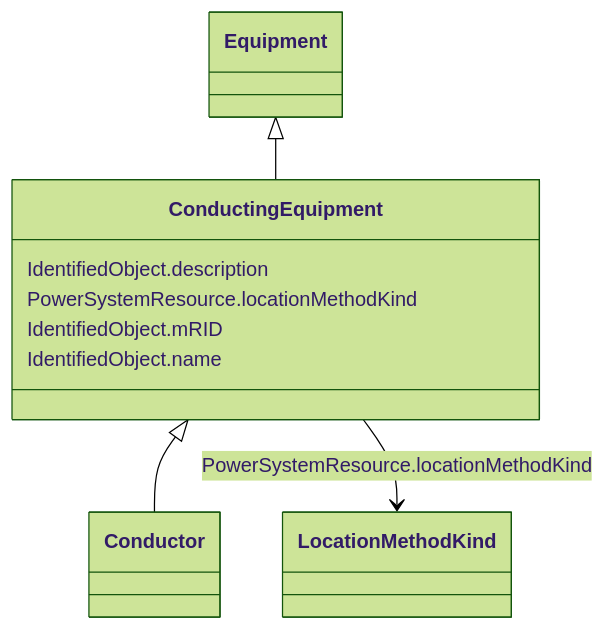
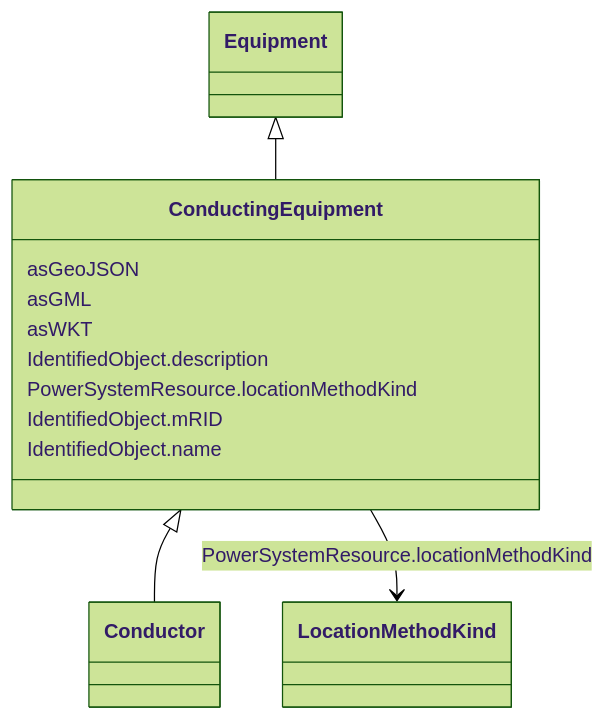
Before and after one commit to 3lbits/NoCIMExtensions: the diagram in docs/AviationObstacle/ConductingEquipment.md, drawn with Mermaid (forest theme). The commit also changed other lines of this file and 34 other files, not shown here.

````diff
--- a/docs/AviationObstacle/ConductingEquipment.md
+++ b/docs/AviationObstacle/ConductingEquipment.md
@@ -18,25 +18,31 @@
 ```mermaid
  classDiagram
     class ConductingEquipment
     click ConductingEquipment href "../ConductingEquipment"
       Equipment <|-- ConductingEquipment
         click Equipment href "../Equipment"
       
 
       ConductingEquipment <|-- Conductor
         click Conductor href "../Conductor"
       
       
+      ConductingEquipment : asGeoJSON
+        
+      ConductingEquipment : asGML
+        
+      ConductingEquipment : asWKT
+        
       ConductingEquipment : IdentifiedObject.description
         
       ConductingEquipment : PowerSystemResource.locationMethodKind
         
           ConductingEquipment --> LocationMethodKind : PowerSystemResource.locationMethodKind
           click LocationMethodKind href "../LocationMethodKind"
         
       ConductingEquipment : IdentifiedObject.mRID
         
       ConductingEquipment : IdentifiedObject.name
         
       
 ```
````
